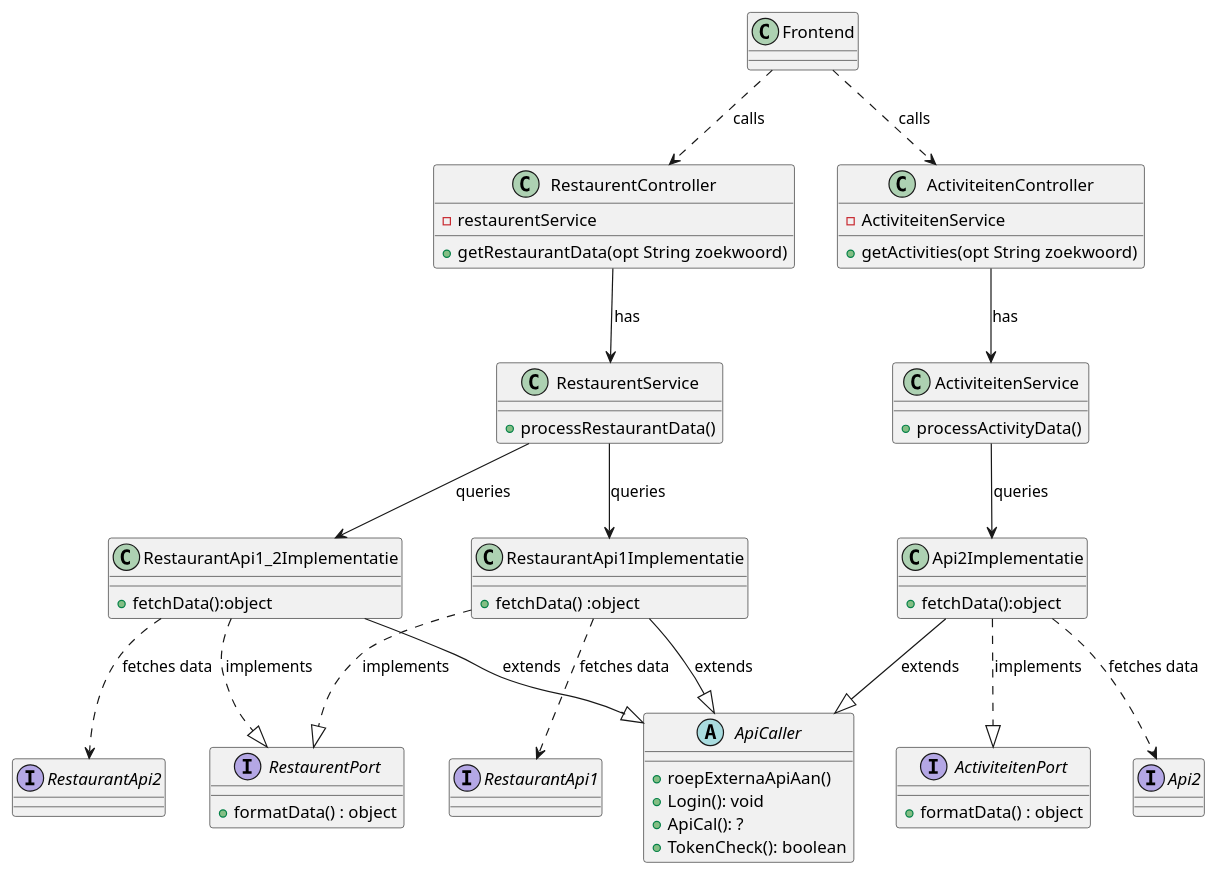
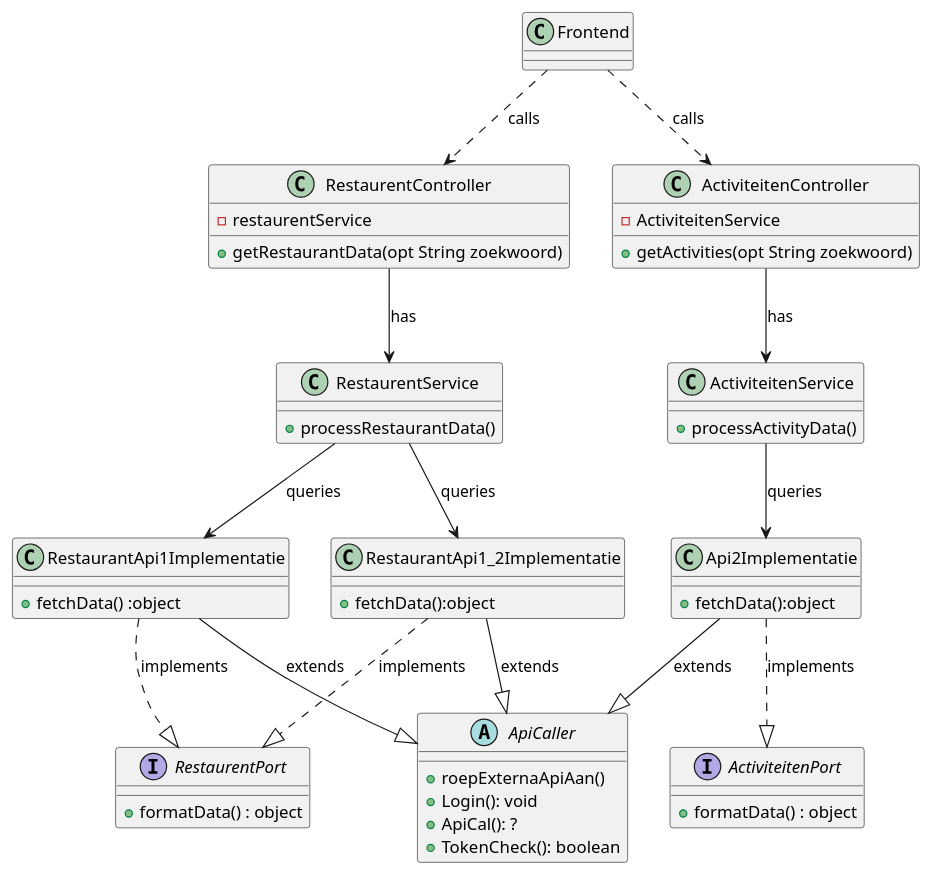
The diagram in HuiswerkRob/huiswerk2-3/classDiagram.puml (AIM-ENE-feb25/triptop-jrn), drawn with PlantUML before and after one commit. The commit also changed 2 other files, not shown here.

```diff
--- a/HuiswerkRob/huiswerk2-3/classDiagram.puml
+++ b/HuiswerkRob/huiswerk2-3/classDiagram.puml
@@ -1,74 +1,66 @@
 @startuml
 
 abstract class ApiCaller {
   + roepExternaApiAan()
   + Login(): void
   + ApiCal(): ?
   + TokenCheck(): boolean
 }
 
 interface RestaurentPort {
   + formatData() : object
 }
 
 interface ActiviteitenPort {
   + formatData() : object
 }
 
 class RestaurentController {
   - restaurentService
   + getRestaurantData(opt String zoekwoord)
 }
 
 class ActiviteitenController {
   - ActiviteitenService
   + getActivities(opt String zoekwoord)
 }
 
 class RestaurentService {
   + processRestaurantData()
 }
 
 class ActiviteitenService {
   + processActivityData()
 }
 
 class RestaurantApi1Implementatie {
   + fetchData() :object
 }
 
 class RestaurantApi1_2Implementatie {
   + fetchData():object
 }
 
 class Api2Implementatie {
   + fetchData():object
 }
 
-interface RestaurantApi1
-interface RestaurantApi2
-interface Api2
-
 Frontend ..> RestaurentController : "calls"
 Frontend ..> ActiviteitenController : "calls"
 
 RestaurentController --> RestaurentService : "has"
 ActiviteitenController --> ActiviteitenService : "has"
 
 RestaurentService --> RestaurantApi1Implementatie : "queries"
 RestaurentService --> RestaurantApi1_2Implementatie : "queries"
 ActiviteitenService --> Api2Implementatie : "queries"
 
 RestaurantApi1Implementatie ..|> RestaurentPort : "implements"
 RestaurantApi1_2Implementatie ..|> RestaurentPort : "implements"
 Api2Implementatie ..|> ActiviteitenPort : "implements"
 
 RestaurantApi1Implementatie --|> ApiCaller : "extends"
 RestaurantApi1_2Implementatie --|> ApiCaller : "extends"
 Api2Implementatie --|> ApiCaller : "extends"
 
-RestaurantApi1Implementatie ..> RestaurantApi1 : "fetches data"
-RestaurantApi1_2Implementatie ..> RestaurantApi2 : "fetches data"
-Api2Implementatie ..> Api2 : "fetches data"
-
 @enduml
```
